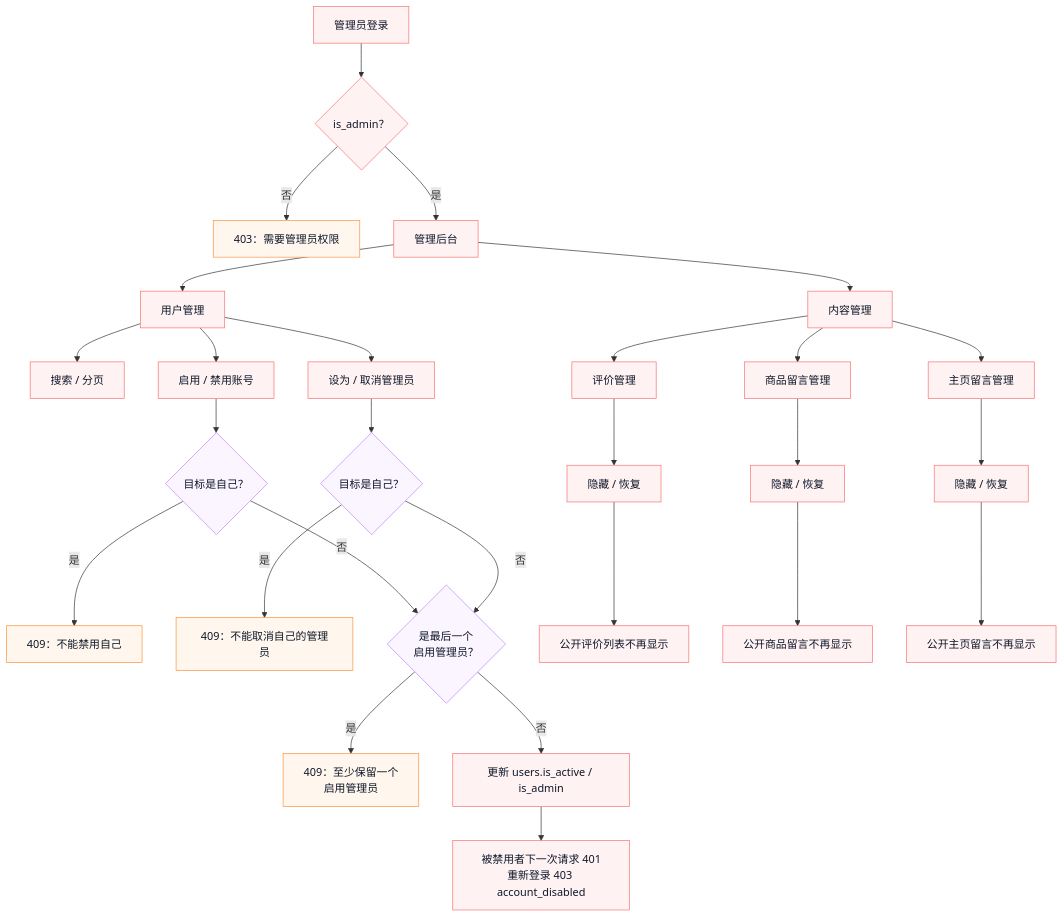
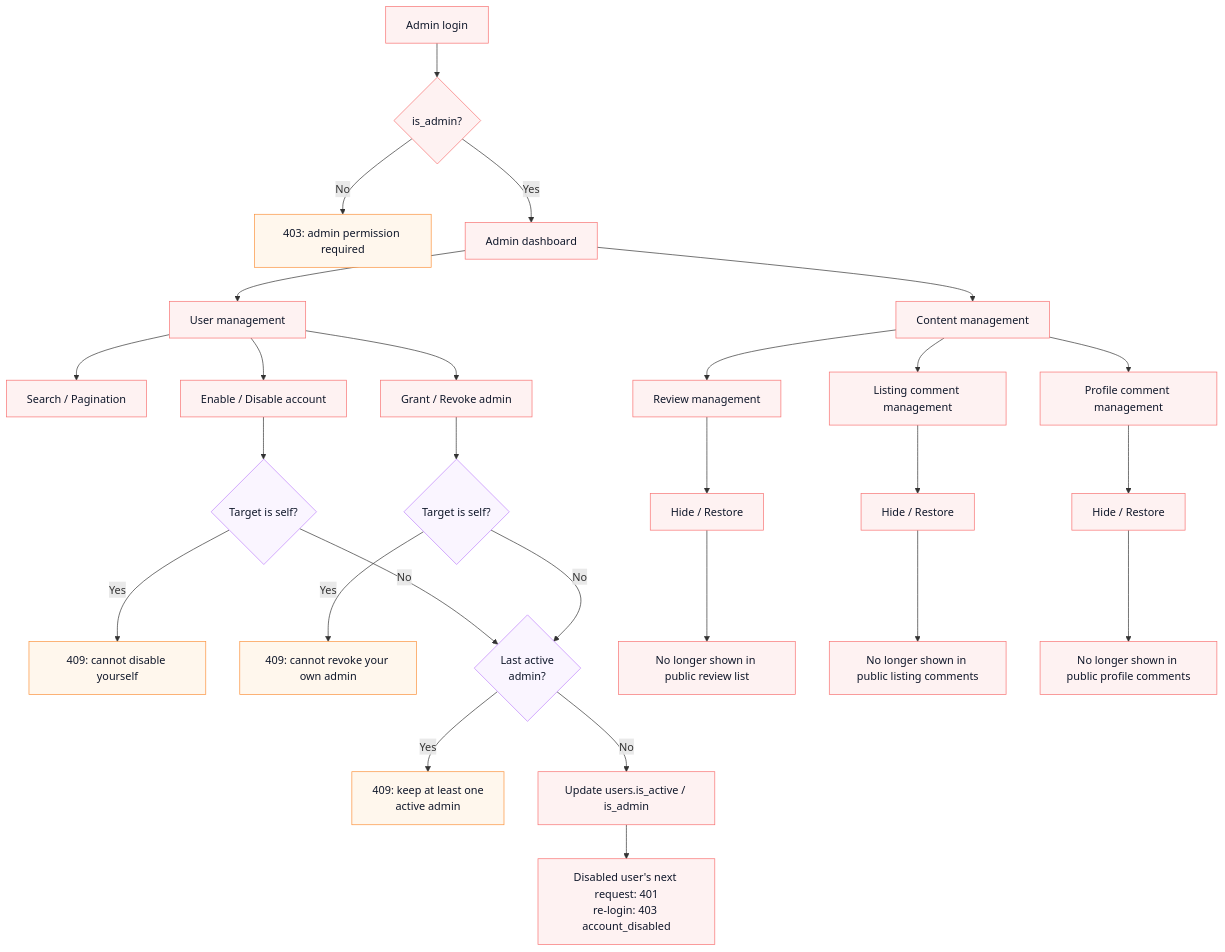
Before and after one commit to ChrisLee0721/campus-secondhand-marketplace: the second of 3 diagrams in docs/flows.md, drawn with Mermaid. The commit also changed other lines of this file and 118 other files, not shown here.

```diff
--- a/docs/flows.md
+++ b/docs/flows.md
@@ -82,40 +82,40 @@
 ~~~mermaid
 flowchart TB
   classDef admin fill:#fef2f2,stroke:#f87171,color:#0f172a
   classDef guard fill:#faf5ff,stroke:#c084fc,color:#0f172a
   classDef state fill:#fff7ed,stroke:#fb923c,color:#0f172a
 
-  L["管理员登录"] --> G{"is_admin？"}
-  G -->|否| X["403：需要管理员权限"]
-  G -->|是| D["管理后台"]
+  L["Admin login"] --> G{"is_admin?"}
+  G -->|No| X["403: admin permission required"]
+  G -->|Yes| D["Admin dashboard"]
 
-  D --> U["用户管理"]
-  D --> C["内容管理"]
+  D --> U["User management"]
+  D --> C["Content management"]
 
-  U --> U1["搜索 / 分页"]
-  U --> U2["启用 / 禁用账号"]
-  U --> U3["设为 / 取消管理员"]
-  U2 --> U4{"目标是自己？"}
-  U3 --> U5{"目标是自己？"}
-  U4 -->|是| E1["409：不能禁用自己"]
-  U5 -->|是| E2["409：不能取消自己的管理员"]
-  U4 -->|否| U6{"是最后一个<br/>启用管理员？"}
-  U5 -->|否| U6
-  U6 -->|是| E3["409：至少保留一个<br/>启用管理员"]
-  U6 -->|否| U7["更新 users.is_active / is_admin"]
-  U7 --> U8["被禁用者下一次请求 401<br/>重新登录 403 account_disabled"]
+  U --> U1["Search / Pagination"]
+  U --> U2["Enable / Disable account"]
+  U --> U3["Grant / Revoke admin"]
+  U2 --> U4{"Target is self?"}
+  U3 --> U5{"Target is self?"}
+  U4 -->|Yes| E1["409: cannot disable yourself"]
+  U5 -->|Yes| E2["409: cannot revoke your own admin"]
+  U4 -->|No| U6{"Last active<br/>admin?"}
+  U5 -->|No| U6
+  U6 -->|Yes| E3["409: keep at least one<br/>active admin"]
+  U6 -->|No| U7["Update users.is_active / is_admin"]
+  U7 --> U8["Disabled user's next request: 401<br/>re-login: 403 account_disabled"]
 
-  C --> C1["评价管理"]
-  C --> C2["商品留言管理"]
-  C --> C3["主页留言管理"]
-  C1 --> C4["隐藏 / 恢复"]
-  C2 --> C5["隐藏 / 恢复"]
-  C3 --> C6["隐藏 / 恢复"]
-  C4 --> C7["公开评价列表不再显示"]
-  C5 --> C8["公开商品留言不再显示"]
-  C6 --> C9["公开主页留言不再显示"]
+  C --> C1["Review management"]
+  C --> C2["Listing comment management"]
+  C --> C3["Profile comment management"]
+  C1 --> C4["Hide / Restore"]
+  C2 --> C5["Hide / Restore"]
+  C3 --> C6["Hide / Restore"]
+  C4 --> C7["No longer shown in public review list"]
+  C5 --> C8["No longer shown in public listing comments"]
+  C6 --> C9["No longer shown in public profile comments"]
 
   class L,G,D,U,C,U1,U2,U3,U7,U8,C1,C2,C3,C4,C5,C6,C7,C8,C9 admin
   class X,E1,E2,E3 state
   class U4,U5,U6 guard
 ~~~
```
